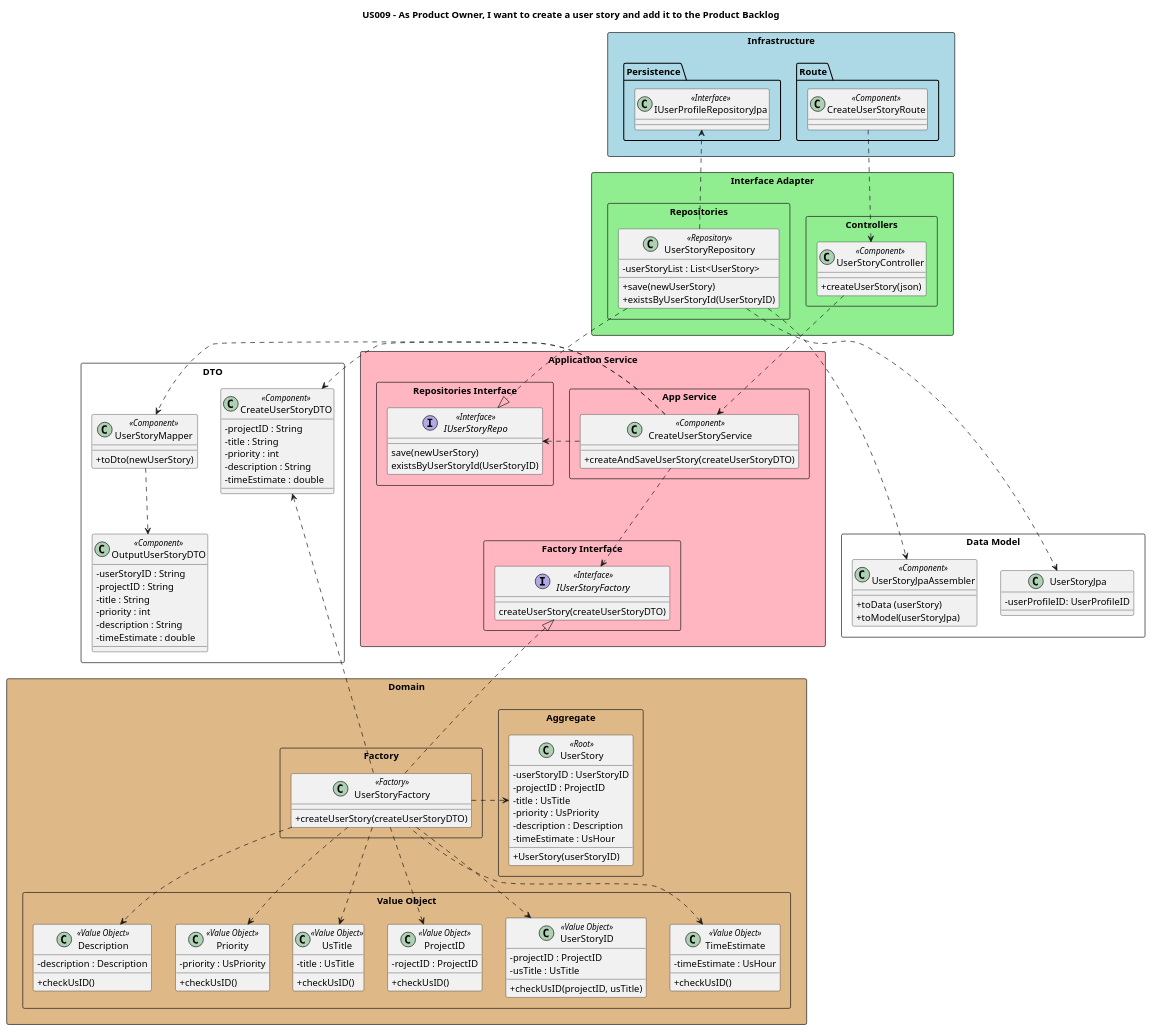
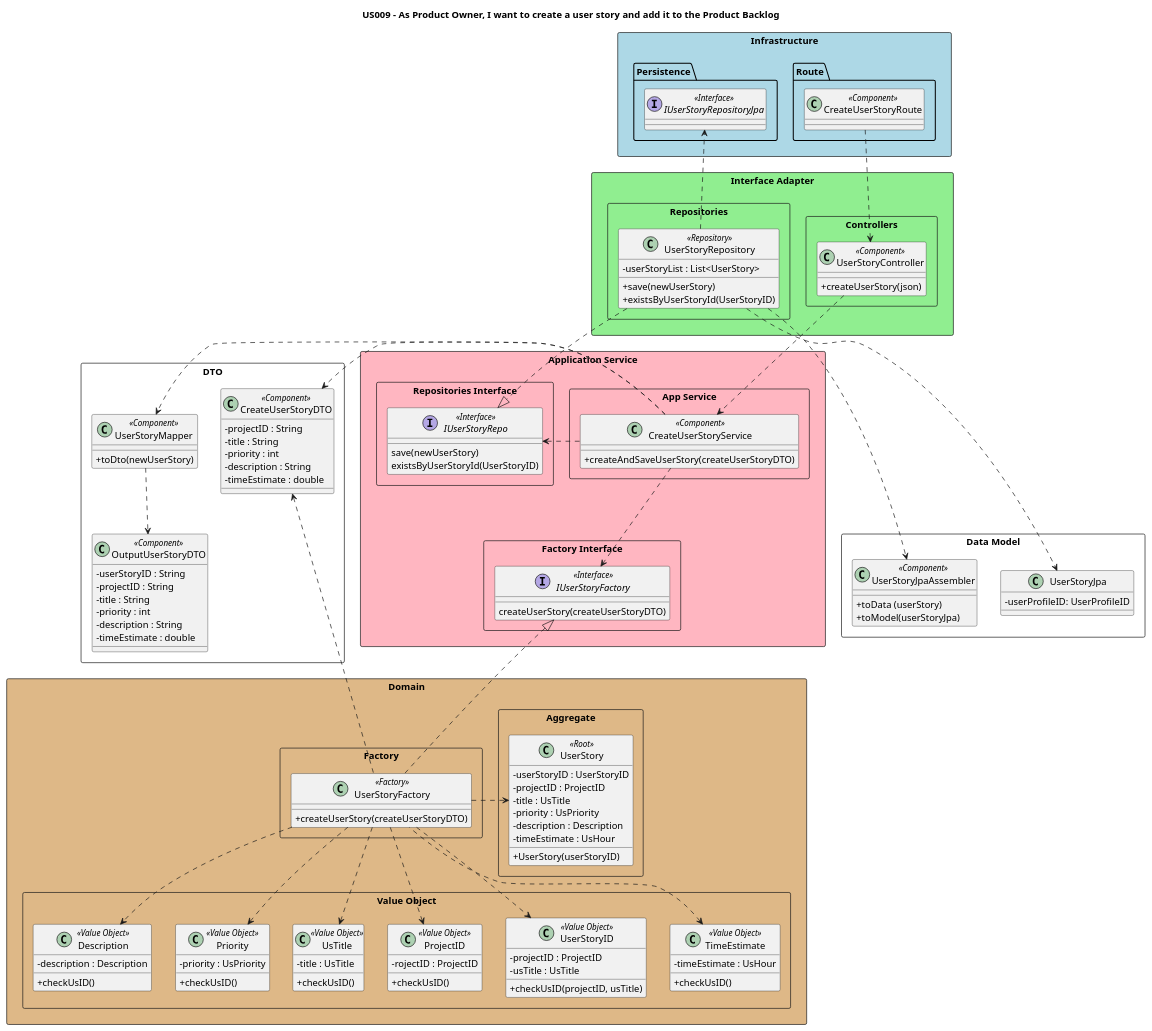
Before and after one commit to nunogon1211787/projectManagement: the diagram in docs/Sprint1/US009/US009-CD.puml, drawn with PlantUML. The commit also changed 11 other files, not shown here.

```diff
--- a/docs/Sprint1/US009/US009-CD.puml
+++ b/docs/Sprint1/US009/US009-CD.puml
@@ -1,159 +1,159 @@
 @startuml
 'https://plantuml.com/class-diagram
 
 'hide circle
 skinparam classAttributeIconSize 0
 
 title US009 - As Product Owner, I want to create a user story and add it to the Product Backlog
 
 skinparam classAttributeIconSize 0
 
 package "Infrastructure" <<Rectangle>> #lightblue  {
 package "Route" {
 class "CreateUserStoryRoute" as route << Component >>
 }
 
     package "Persistence" {
-    class "IUserProfileRepositoryJpa" as jpa <<Interface>>
+    interface "IUserStoryRepositoryJpa" as jpa <<Interface>>
     }
 }
 
 package "Interface Adapter" <<Rectangle>> #lightgreen {
 package "Controllers" <<Rectangle>>{
 class "UserStoryController" as ctrl << Component >> {
 +createUserStory(json)
 }
 }
 package "Repositories" <<Rectangle>>{
 class "UserStoryRepository" as store << Repository >> {
 -userStoryList : List<UserStory>
 + save(newUserStory)
 + existsByUserStoryId(UserStoryID)
 }
 }
 }
 
 package "Application Service" <<Rectangle>> #lightpink{
 package "App Service" <<Rectangle>>{
 class "CreateUserStoryService" as service << Component >> {
 +createAndSaveUserStory(createUserStoryDTO)
 }
 }
 package "Repositories Interface" <<Rectangle>>{
 interface "IUserStoryRepo" as repo << Interface >>{
 save(newUserStory)
 existsByUserStoryId(UserStoryID)
 }
 }
 package "Factory Interface" <<Rectangle>>{
 interface "IUserStoryFactory" as factoryInterface << Interface >>{
 createUserStory(createUserStoryDTO)
 }
 }
 }
 
 package "DTO" <<Rectangle>> {
 class "UserStoryMapper" as mapper << Component >> {
 + toDto(newUserStory)
 }
 class "OutputUserStoryDTO" as outdto << Component >> {
 - userStoryID : String
 - projectID : String
 - title : String
 - priority : int
 - description : String
 - timeEstimate : double
 }
 class "CreateUserStoryDTO" as dto << Component >> {
 - projectID : String
 - title : String
 - priority : int
 - description : String
 - timeEstimate : double
 }
 }
 
 package "Domain" <<Rectangle>> #burlywood{
 package "Aggregate" <<Rectangle>>{
 class "UserStory" as userStory << Root >> {
 - userStoryID : UserStoryID
 - projectID : ProjectID
 - title : UsTitle
 - priority : UsPriority
 - description : Description
 - timeEstimate : UsHour
 + UserStory(userStoryID)
 }
 }
 package "Factory" <<Rectangle>>{
 class "UserStoryFactory" as userStoryF << Factory >> {
 +createUserStory(createUserStoryDTO)
 }
 }
 package "Value Object" <<Rectangle>>{
 class "UserStoryID" as usID << Value Object >> {
 -projectID : ProjectID
 -usTitle : UsTitle
 +checkUsID(projectID, usTitle)
 }
 class "ProjectID" as projID << Value Object >> {
 -rojectID : ProjectID
 +checkUsID()
 }
 class "UsTitle" as usTitle << Value Object >> {
 - title : UsTitle
 +checkUsID()
 }
 class "Priority" as priority << Value Object >> {
 -priority : UsPriority
 +checkUsID()
 }
 class "Description" as desc << Value Object >> {
 -description : Description
 +checkUsID()
 }
 class "TimeEstimate" as time << Value Object >> {
 -timeEstimate : UsHour
 +checkUsID()
 }
 }
 }
 
   package "Data Model" <<Rectangle>>{
         class "UserStoryJpaAssembler" as assemblerjpa <<Component>> {
         +toData (userStory)
         +toModel(userStoryJpa)
         }
 
         class "UserStoryJpa" as USjpa {
         -userProfileID: UserProfileID
         }
 
 
 
 
 
 route ..> ctrl
 ctrl..> service
 store..|> repo
 service .r.> mapper
 service .r.> dto
 mapper ..> outdto
 userStoryF .u.> dto
 service..> factoryInterface
 service..left> repo
 userStoryF..> usID
 userStoryF..>projID
 userStoryF..>usTitle
 userStoryF..>priority
 userStoryF..up>time
 userStoryF..>desc
 userStoryF..right>userStory
 userStoryF..up|>factoryInterface
 store ...> assemblerjpa
 store ...> USjpa
 store ..> jpa
 
 
 
 @enduml
```
